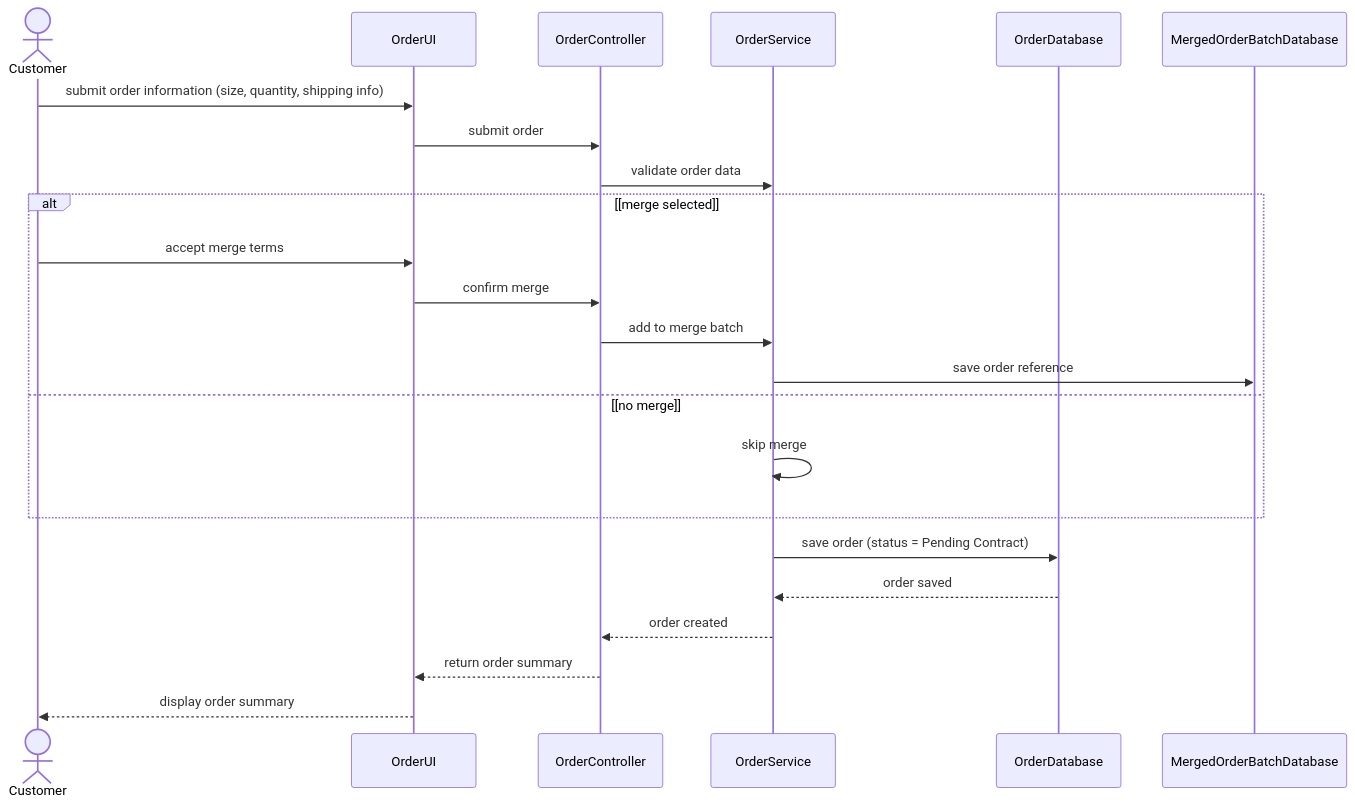
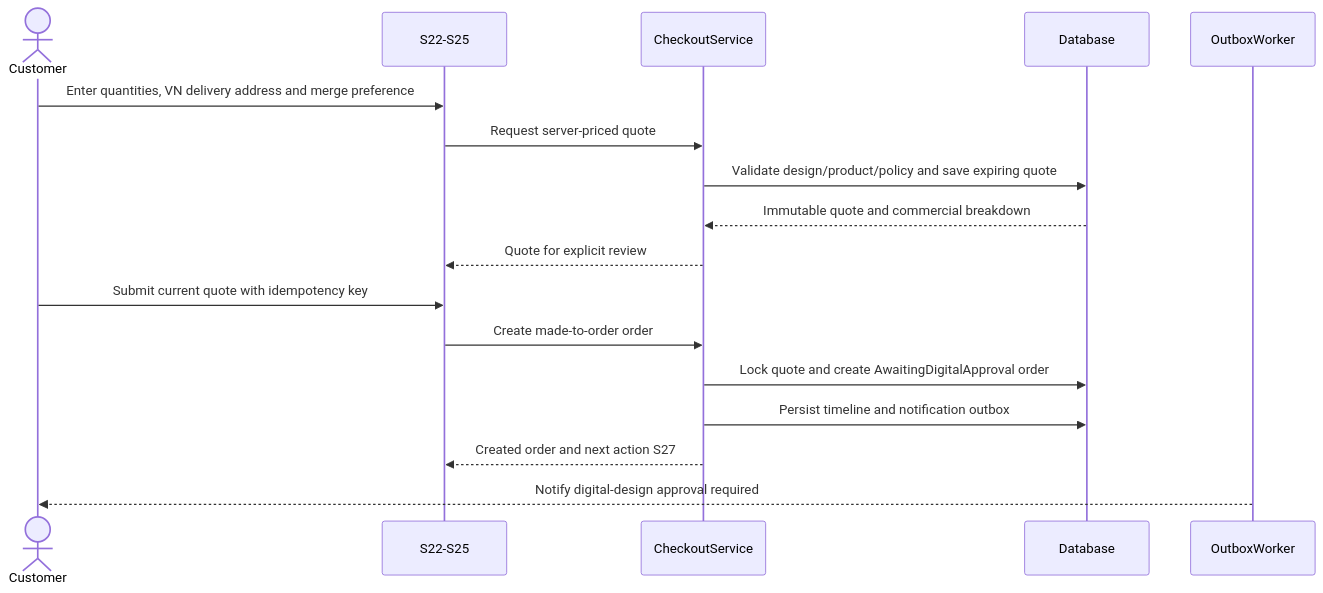
Before and after one commit to ankhanhwork/weavelink-project: the eighth of 15 diagrams in docs/architecture/sequence.md, drawn with Mermaid. The commit also changed other lines of this file and 101 other files, not shown here.

````diff
--- a/docs/architecture/sequence.md
+++ b/docs/architecture/sequence.md
@@ -203,26 +203,20 @@
 ```mermaid
 sequenceDiagram
     actor Customer
-    participant OrderUI
-    participant OrderController
-    participant OrderService
-    participant OrderDatabase
-    participant MergedOrderBatchDatabase
+    participant OrderUI as S22-S25
+    participant CheckoutService
+    participant Database
+    participant OutboxWorker
 
-    Customer->>OrderUI: submit order information (size, quantity, shipping info)
-    OrderUI->>OrderController: submit order
-    OrderController->>OrderService: validate order data
-    alt [merge selected]
-        Customer->>OrderUI: accept merge terms
-        OrderUI->>OrderController: confirm merge
-        OrderController->>OrderService: add to merge batch
-        OrderService->>MergedOrderBatchDatabase: save order reference
-    else [no merge]
-        OrderService->>OrderService: skip merge
-    end
-    OrderService->>OrderDatabase: save order (status = Pending Contract)
-    OrderDatabase-->>OrderService: order saved
-    OrderService-->>OrderController: order created
-    OrderController-->>OrderUI: return order summary
-    OrderUI-->>Customer: display order summary
+    Customer->>OrderUI: Enter quantities, VN delivery address and merge preference
+    OrderUI->>CheckoutService: Request server-priced quote
+    CheckoutService->>Database: Validate design/product/policy and save expiring quote
+    Database-->>CheckoutService: Immutable quote and commercial breakdown
+    CheckoutService-->>OrderUI: Quote for explicit review
+    Customer->>OrderUI: Submit current quote with idempotency key
+    OrderUI->>CheckoutService: Create made-to-order order
+    CheckoutService->>Database: Lock quote and create AwaitingDigitalApproval order
+    CheckoutService->>Database: Persist timeline and notification outbox
+    CheckoutService-->>OrderUI: Created order and next action S27
+    OutboxWorker-->>Customer: Notify digital-design approval required
 ```
````
